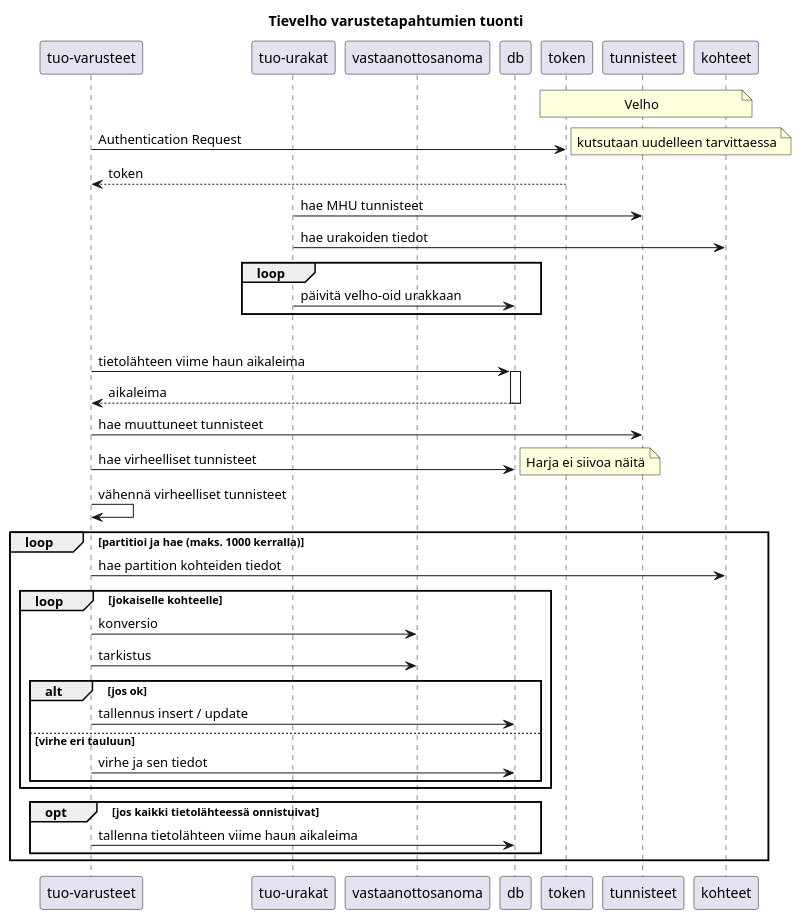
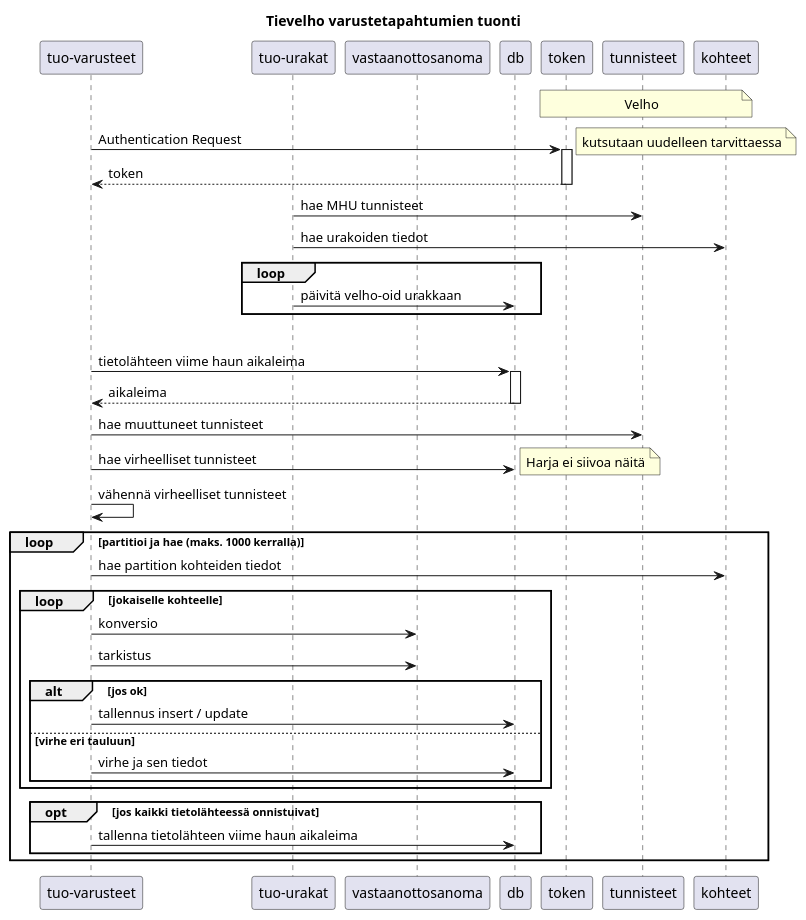
One commit to finnishtransportagency/harja changed the diagram in sekalaista/Tievelho-varustet-tuonti.puml. Above: the diagram before and after it, drawn with PlantUML.

Commit message:
Aktivoi tokenin, kun sitä haetaan

```diff
--- a/sekalaista/Tievelho-varustet-tuonti.puml
+++ b/sekalaista/Tievelho-varustet-tuonti.puml
@@ -3,45 +3,47 @@
 @startuml
 title Tievelho varustetapahtumien tuonti
 participant "tuo-varusteet" as tuo_varusteet
 participant "tuo-urakat" as tuo_urakat
 participant vastaanottosanoma as vs
 participant db as db
 participant token
 participant tunnisteet
 participant kohteet
 
 note over token, kohteet: Velho
 tuo_varusteet->token : Authentication Request
+activate token
 note right:  kutsutaan uudelleen tarvittaessa
 token-->tuo_varusteet: token
+deactivate token
 
 tuo_urakat->tunnisteet: hae MHU tunnisteet
 tuo_urakat->kohteet: hae urakoiden tiedot
 loop
   tuo_urakat->db: päivitä velho-oid urakkaan
 end
 loop kaikille 13 tietolähteelle
     tuo_varusteet->db: tietolähteen viime haun aikaleima
     activate db
     db-->tuo_varusteet: aikaleima
     deactivate db
     tuo_varusteet->tunnisteet: hae muuttuneet tunnisteet
     tuo_varusteet->db: hae virheelliset tunnisteet
     note right: Harja ei siivoa näitä
     tuo_varusteet->tuo_varusteet: vähennä virheelliset tunnisteet
     loop partitioi ja hae (maks. 1000 kerralla)
         tuo_varusteet->kohteet: hae partition kohteiden tiedot
     loop jokaiselle kohteelle
         tuo_varusteet->vs: konversio
         tuo_varusteet->vs: tarkistus
         alt jos ok
             tuo_varusteet->db: tallennus insert / update
         else virhe eri tauluun
             tuo_varusteet->db: virhe ja sen tiedot
         end
     end
     opt jos kaikki tietolähteessä onnistuivat
         tuo_varusteet->db: tallenna tietolähteen viime haun aikaleima
     end
 end
 @enduml
```
